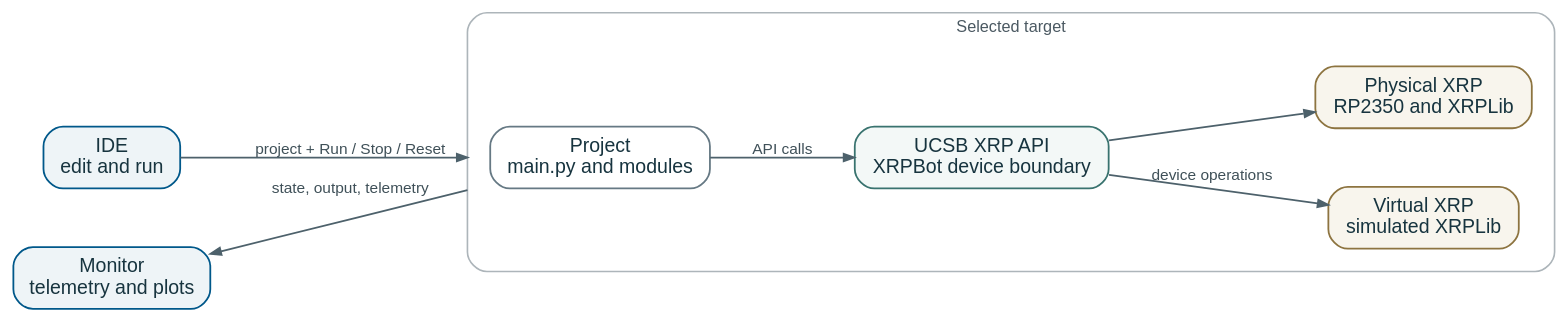
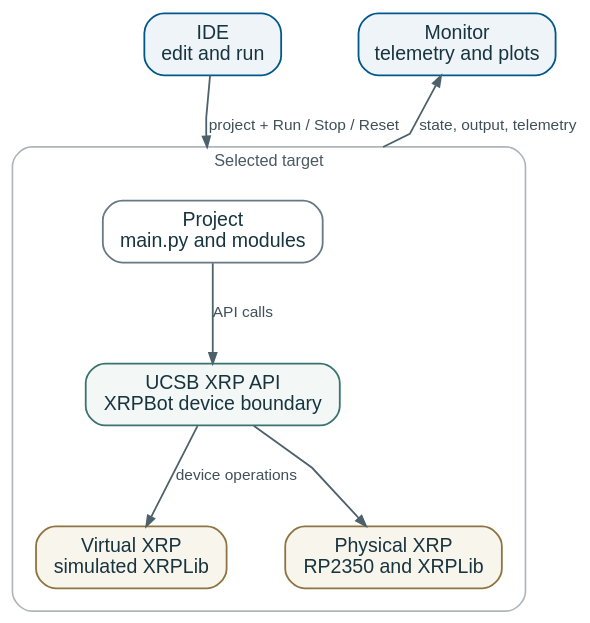
One commit to yonvisell/ucsbxrp changed the diagram in docs/diagrams/system-boundary.dot. Above: the diagram before and after it, drawn with Graphviz. The commit also changed 11 other files, not shown here.

```diff
--- a/docs/diagrams/system-boundary.dot
+++ b/docs/diagrams/system-boundary.dot
@@ -1,57 +1,57 @@
 digraph SystemBoundary {
   graph [
     bgcolor="transparent",
     compound=true,
     fontname="Arial",
     nodesep=0.5,
     pad=0.08,
-    rankdir=LR,
+    rankdir=TB,
     ranksep=0.72,
     splines=polyline
   ];
   node [
     color="#667984",
     fillcolor="#ffffff",
     fontcolor="#17343f",
     fontname="Arial",
     fontsize=12,
     margin="0.14,0.09",
     penwidth=1.1,
     shape=box,
     style="rounded,filled"
   ];
   edge [
     arrowsize=0.65,
     color="#4d616b",
     fontcolor="#3f5058",
     fontname="Arial",
     fontsize=9.5,
     penwidth=1.1
   ];
 
   ide [label="IDE\nedit and run", color="#00588a", fillcolor="#eef4f7"];
   monitor [label="Monitor\ntelemetry and plots", color="#00588a", fillcolor="#eef4f7"];
 
   subgraph cluster_target {
     color="#adb5ba";
     fontcolor="#4b5962";
     fontsize=10;
     label="Selected target";
     margin=14;
     penwidth=1;
     style="rounded";
 
     project [label="Project\nmain.py and modules"];
     api [label="UCSB XRP API\nXRPBot device boundary", color="#39736f", fillcolor="#f3f8f7"];
     virtual [label="Virtual XRP\nsimulated XRPLib", color="#8d7440", fillcolor="#f8f5ed"];
     physical [label="Physical XRP\nRP2350 and XRPLib", color="#8d7440", fillcolor="#f8f5ed"];
 
     project -> api [label="API calls"];
     api -> virtual [label="device operations"];
     api -> physical;
   }
 
   { rank=same; ide; monitor; }
   ide -> project [label="project + Run / Stop / Reset", lhead=cluster_target];
   project -> monitor [label="state, output, telemetry", ltail=cluster_target, constraint=false];
 }
```
